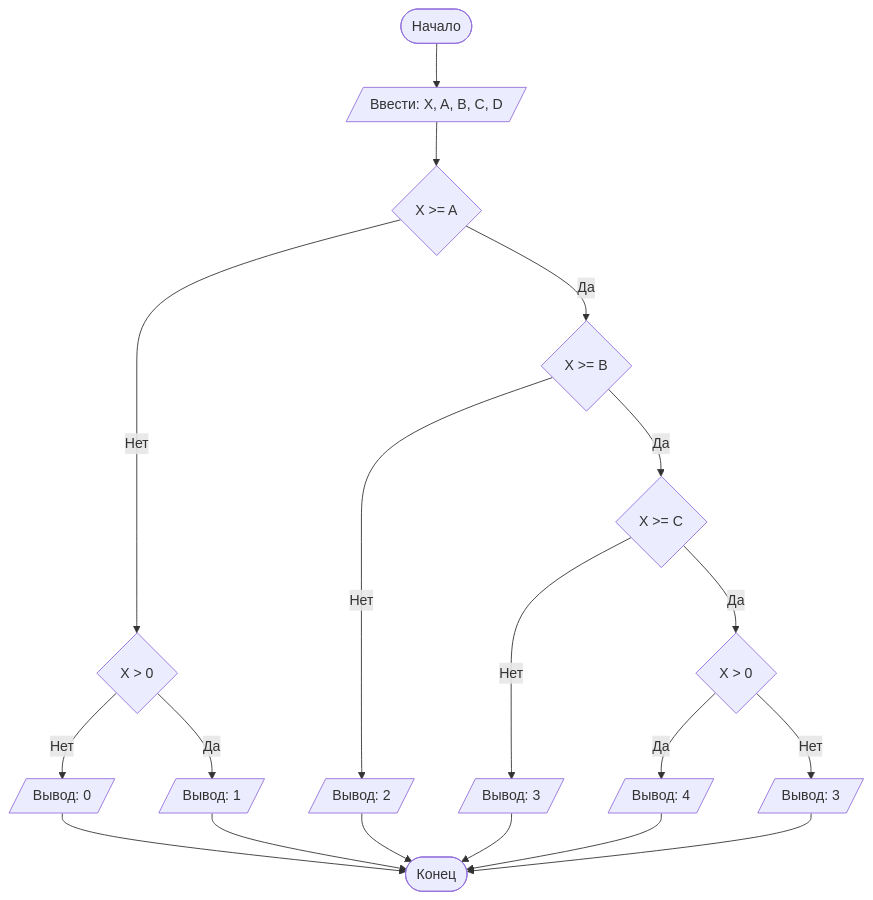
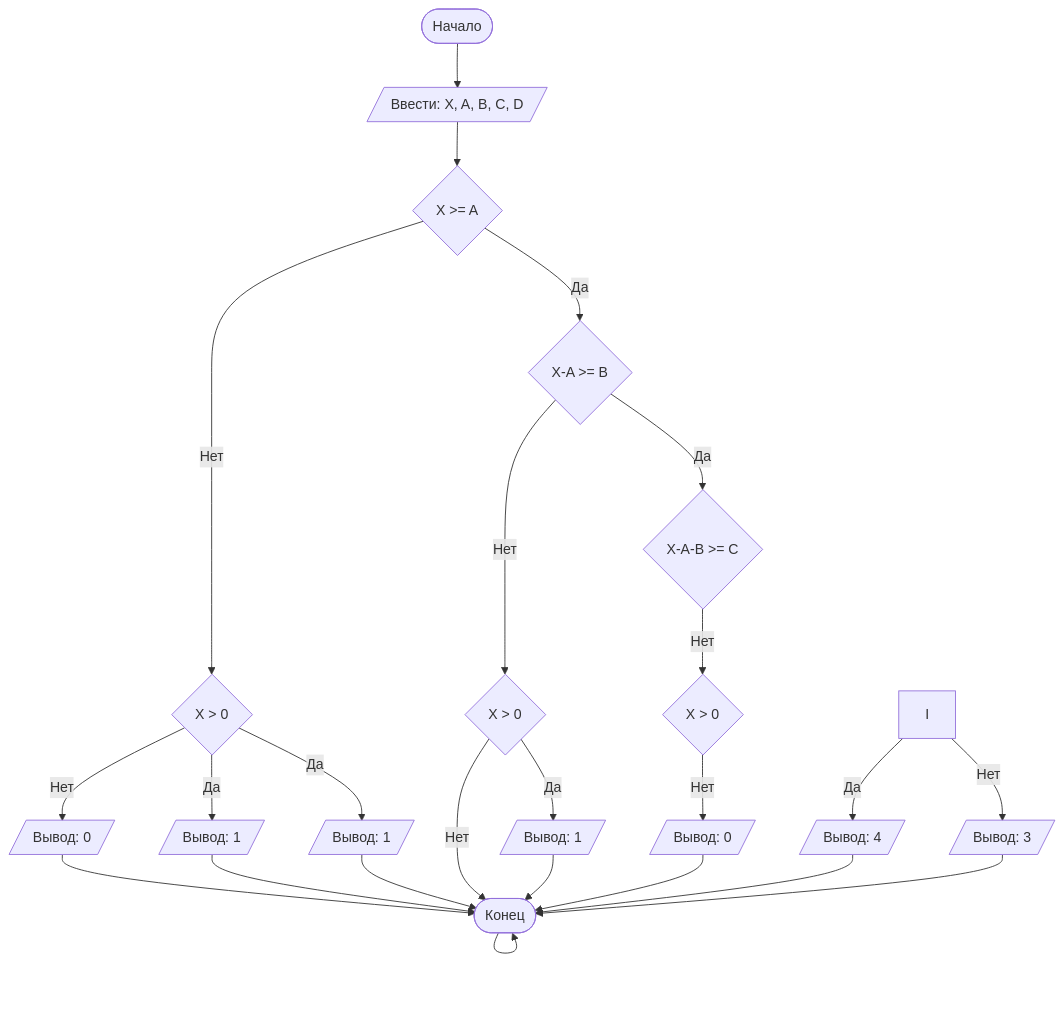
The diagram in README.md (abchaccccc/LabNumber1), drawn with Mermaid before and after one commit.

````diff
--- a/README.md
+++ b/README.md
@@ -97,23 +97,28 @@
 ```mermaid
 graph TD
     A([Начало]) --> B[/Ввести: X, A, B, C, D/]
     B --> C{X >= A}
     C -- Нет --> D{X > 0}
     D -- Нет --> M[/Вывод: 0/]
     D -- Да --> N[/Вывод: 1/]
-    C -- Да --> E{X >= B}
-    E -- Нет --> F[/Вывод: 2/]
-    E -- Да --> G{X >= C}
-    G -- Нет --> H[/Вывод: 3/]
-    G -- Да --> I{X > 0}
+    C -- Да --> E{X-A >= B}
+    E -- Нет --> V{X > 0}
+    V -- Нет --> Z[/Вывод: 0/]
+    V -- Да --> X[/Вывод: 1/]
+    E -- Да --> G{X-A-B >= C}
+    G -- Нет --> P{X > 0}
+    P -- Нет --> H[/Вывод: 0/]
+    D -- Да --> R[/Вывод: 1/]
     I -- Да --> J[/Вывод: 4/]
-    I -- Нет --> X[/Вывод: 3/]
+    I -- Нет --> U[/Вывод: 3/]
     X --> Z
     M --> Z
     N --> Z
-    F --> Z
+    Z --> Z
     H --> Z
+    R --> Z
+    U --> Z
     J --> Z([Конец])
     
 
 ```
````
